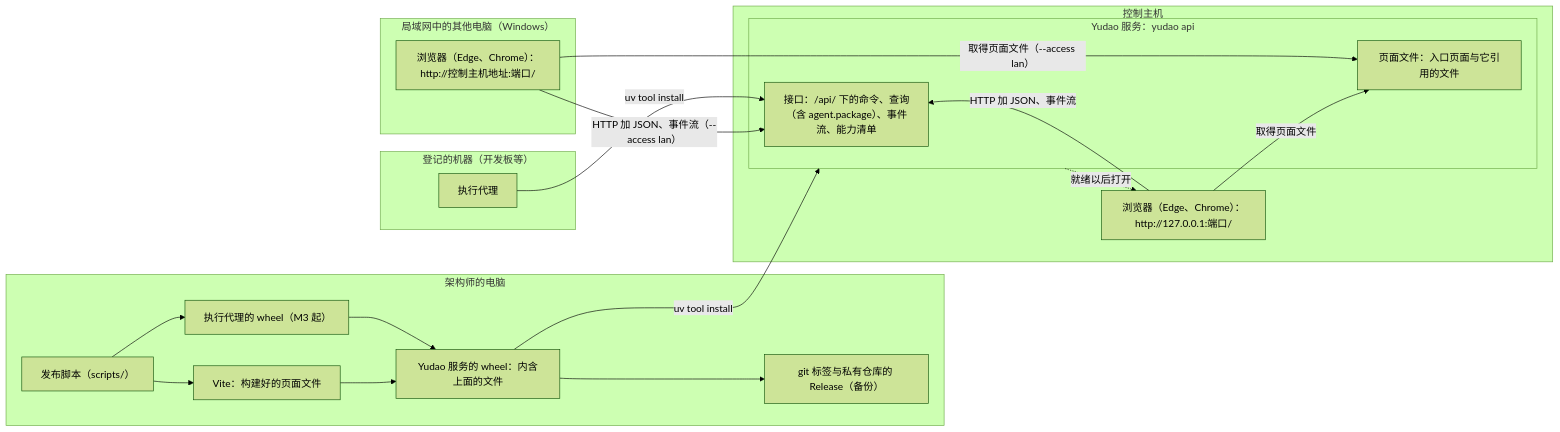
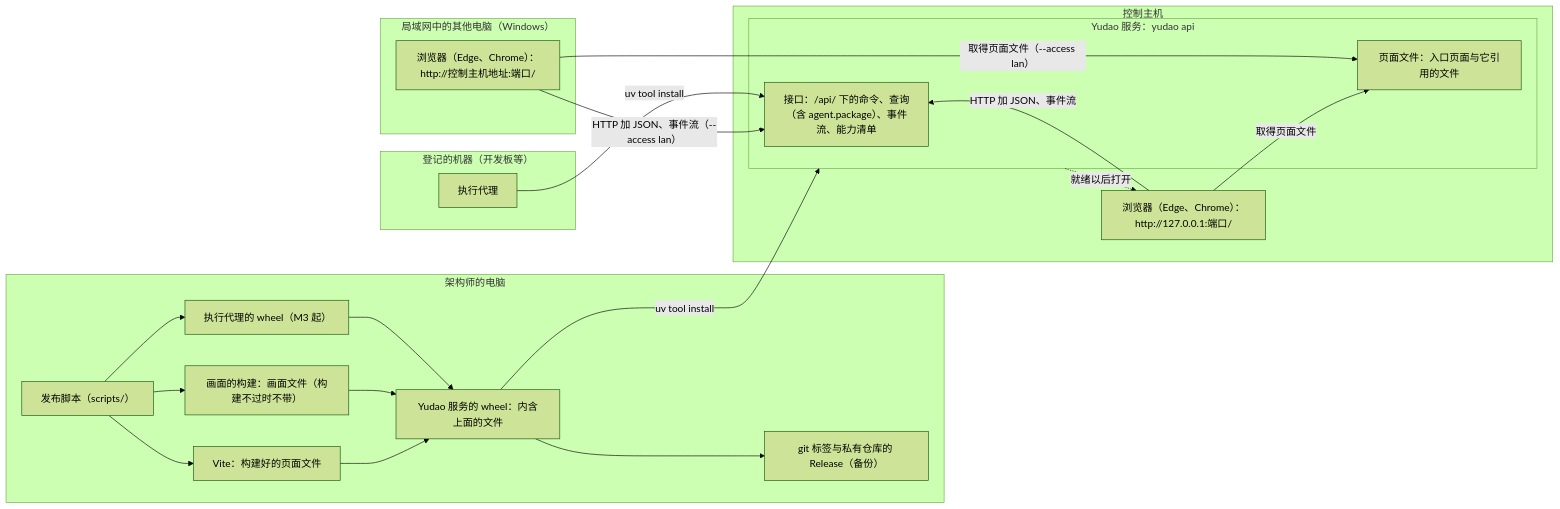
The diagram in docs/design/web-interface-and-release.md (bender2333/yudao), drawn with Mermaid (forest theme) before and after one commit. The commit also changed other lines of this file and 4 other files, not shown here.

````diff
--- a/docs/design/web-interface-and-release.md
+++ b/docs/design/web-interface-and-release.md
@@ -25,33 +26,35 @@
 ```mermaid
 flowchart LR
   subgraph Arch["架构师的电脑"]
     Rel["发布脚本（scripts/）"]
     Pages["Vite：构建好的页面文件"]
+    View["画面的构建：画面文件（构建不过时不带）"]
     AgentW["执行代理的 wheel（M3 起）"]
     Wheel["Yudao 服务的 wheel：内含上面的文件"]
     Tag["git 标签与私有仓库的 Release（备份）"]
     Rel --> Pages --> Wheel
+    Rel --> View --> Wheel
     Rel --> AgentW --> Wheel
     Wheel --> Tag
   end
   subgraph Host["控制主机"]
     subgraph Svc["Yudao 服务：yudao api"]
       Api["接口：/api/ 下的命令、查询（含 agent.package）、事件流、能力清单"]
       Files["页面文件：入口页面与它引用的文件"]
     end
     LocalB["浏览器（Edge、Chrome）：http://127.0.0.1:端口/"]
   end
   subgraph Desk["局域网中的其他电脑（Windows）"]
     LanB["浏览器（Edge、Chrome）：http://控制主机地址:端口/"]
   end
   subgraph Board["登记的机器（开发板等）"]
     Agent["执行代理"]
   end
   Wheel -->|"uv tool install"| Svc
   Svc -.->|"就绪以后打开"| LocalB
   LocalB -->|"取得页面文件"| Files
   LocalB -->|"HTTP 加 JSON、事件流"| Api
   LanB -->|"取得页面文件（--access lan）"| Files
   LanB -->|"HTTP 加 JSON、事件流（--access lan）"| Api
   Agent -->|"uv tool install"| Api
 ```
````
